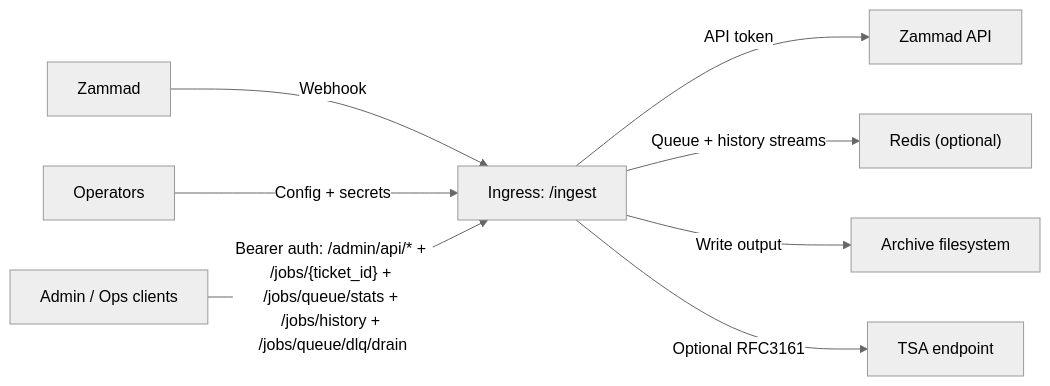
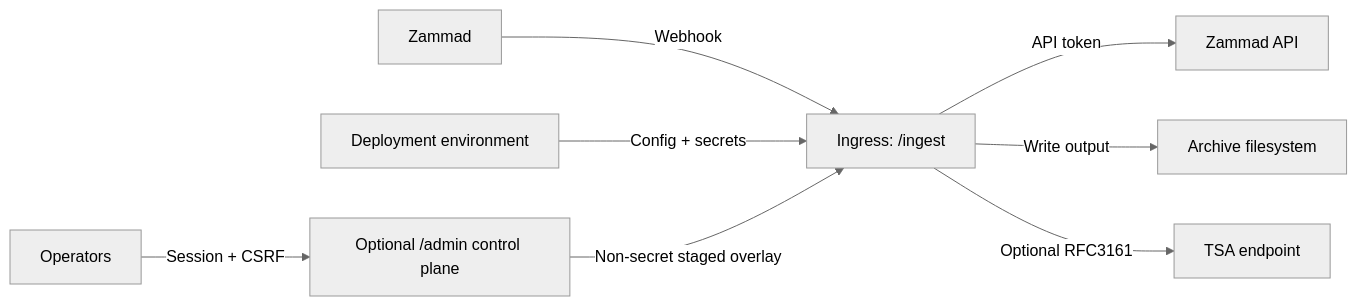
Before and after one commit to sebastianspicker/chronikwerk: the diagram in docs/09-security.md, drawn with Mermaid (neutral theme). The commit also changed other lines of this file and 518 other files, not shown here.

````diff
--- a/docs/09-security.md
+++ b/docs/09-security.md
@@ -7,10 +7,10 @@
 ```mermaid
 flowchart LR
   Z["Zammad"] -->|"Webhook"| I["Ingress: /ingest"]
-  OP["Operators"] -->|"Config + secrets"| I
-  A["Admin / Ops clients"] -->|"Bearer auth: /admin/api/* + /jobs/{ticket_id} + /jobs/queue/stats + /jobs/history + /jobs/queue/dlq/drain"| I
+  OP["Operators"] -->|"Session + CSRF"| A["Optional /admin control plane"]
+  DEP["Deployment environment"] -->|"Config + secrets"| I
+  A -->|"Non-secret staged overlay"| I
   I -->|"API token"| ZA["Zammad API"]
-  I -->|"Queue + history streams"| R["Redis (optional)"]
   I -->|"Write output"| FS["Archive filesystem"]
   I -->|"Optional RFC3161"| TSA["TSA endpoint"]
 ```
````
